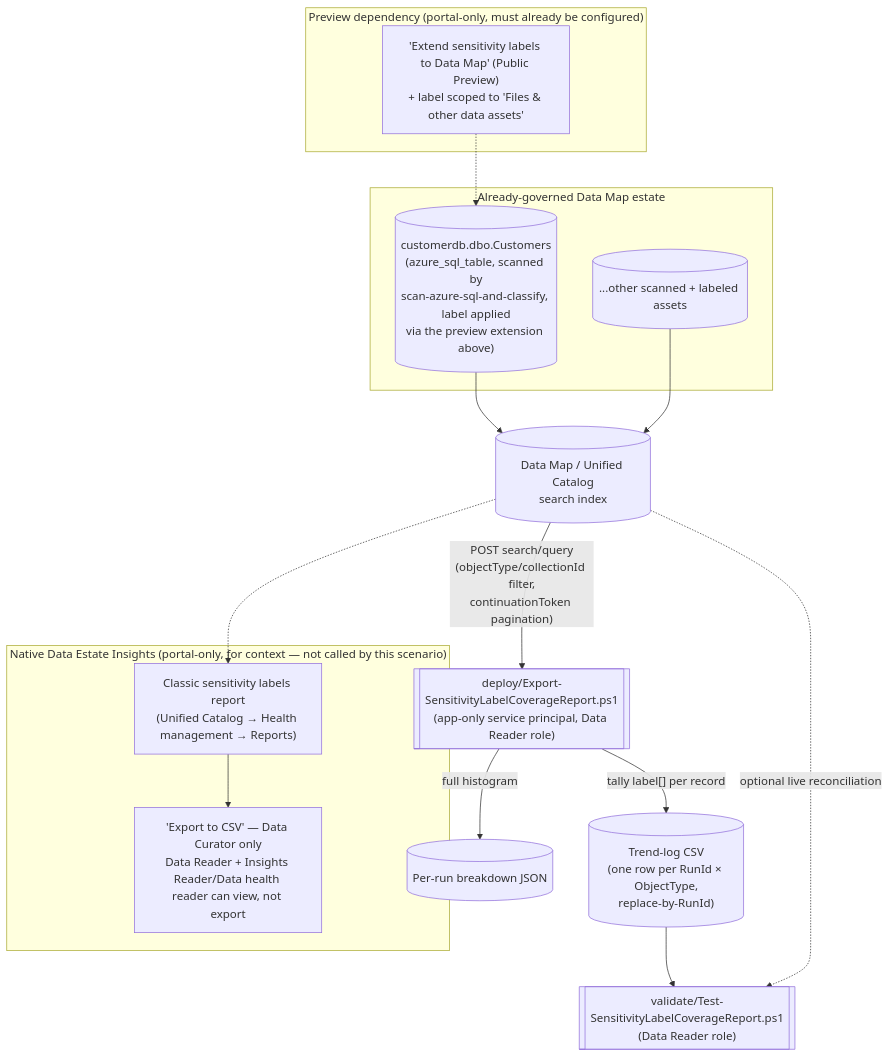
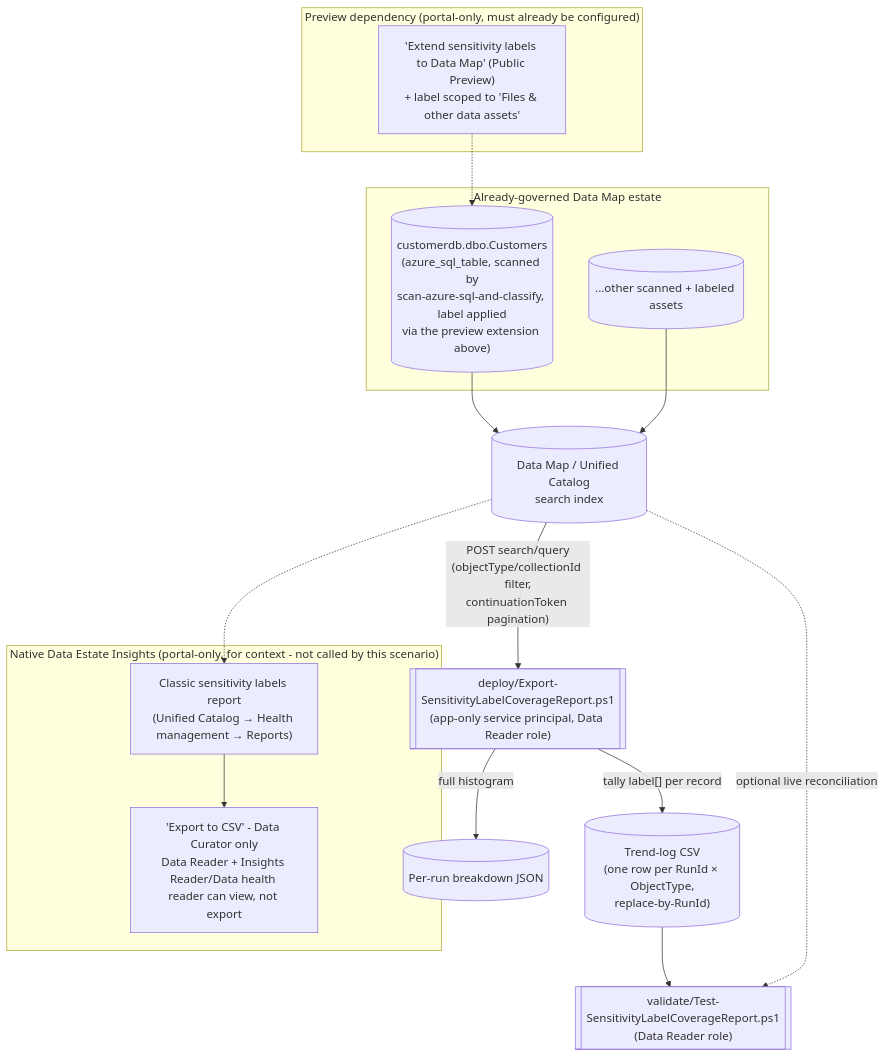
The diagram in scenarios/data-estate-insights/sensitivity-label-coverage-report/README.md (kpsec1/purview-scenario-library), drawn with Mermaid before and after one commit. The commit also changed other lines of this file and 451 other files, not shown here.

````diff
--- a/scenarios/data-estate-insights/sensitivity-label-coverage-report/README.md
+++ b/scenarios/data-estate-insights/sensitivity-label-coverage-report/README.md
@@ -83,32 +83,32 @@
 ```mermaid
 flowchart TD
-    subgraph Native["Native Data Estate Insights (portal-only, for context — not called by this scenario)"]
+    subgraph Native["Native Data Estate Insights (portal-only, for context - not called by this scenario)"]
         Insights["Classic sensitivity labels report<br/>(Unified Catalog → Health management → Reports)"]
-        ExportGate["'Export to CSV' — Data Curator only<br/>Data Reader + Insights Reader/Data health reader can view, not export"]
+        ExportGate["'Export to CSV' - Data Curator only<br/>Data Reader + Insights Reader/Data health reader can view, not export"]
         Insights --> ExportGate
     end
 
     subgraph Upstream["Preview dependency (portal-only, must already be configured)"]
         Extend["'Extend sensitivity labels to Data Map' (Public Preview)<br/>+ label scoped to 'Files & other data assets'"]
     end
 
     subgraph Estate["Already-governed Data Map estate"]
         Asset[("customerdb.dbo.Customers<br/>(azure_sql_table, scanned by<br/>scan-azure-sql-and-classify, label applied<br/>via the preview extension above)")]
         Other[("...other scanned + labeled assets")]
     end
 
     Extend -.-> Asset
     Index[("Data Map / Unified Catalog<br/>search index")]
     Asset --> Index
     Other --> Index
     Index -.-> Insights
 
     Report[["deploy/Export-SensitivityLabelCoverageReport.ps1<br/>(app-only service principal, Data Reader role)"]]
     Index -- "POST search/query<br/>(objectType/collectionId filter,<br/>continuationToken pagination)" --> Report
     Report -- "tally label[] per record" --> Trend[("Trend-log CSV<br/>(one row per RunId × ObjectType,<br/>replace-by-RunId)")]
     Report -- "full histogram" --> Breakdown[("Per-run breakdown JSON")]
 
     Validator[["validate/Test-SensitivityLabelCoverageReport.ps1<br/>(Data Reader role)"]]
     Trend --> Validator
     Index -. "optional live reconciliation" .-> Validator
 ```
````
